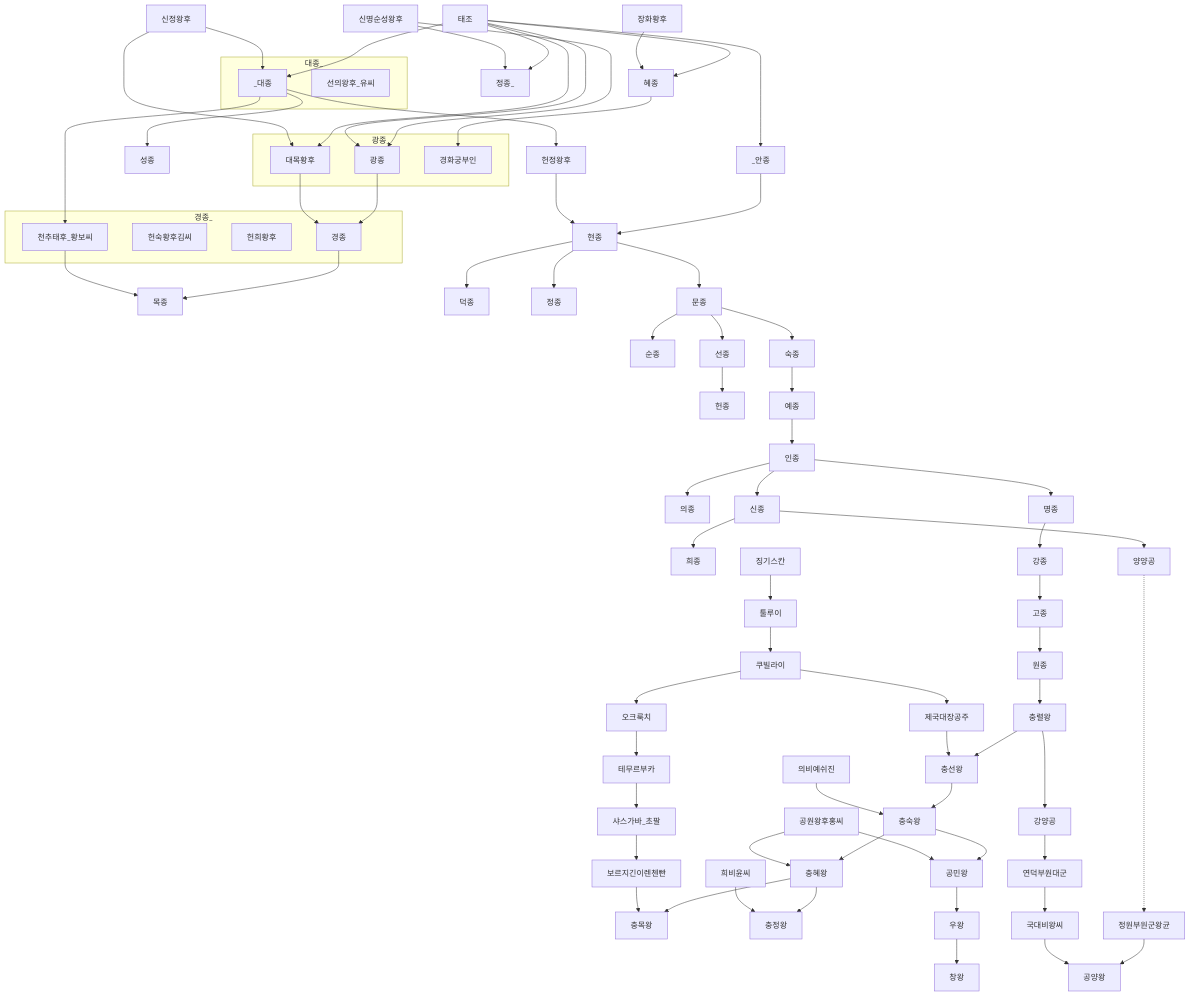
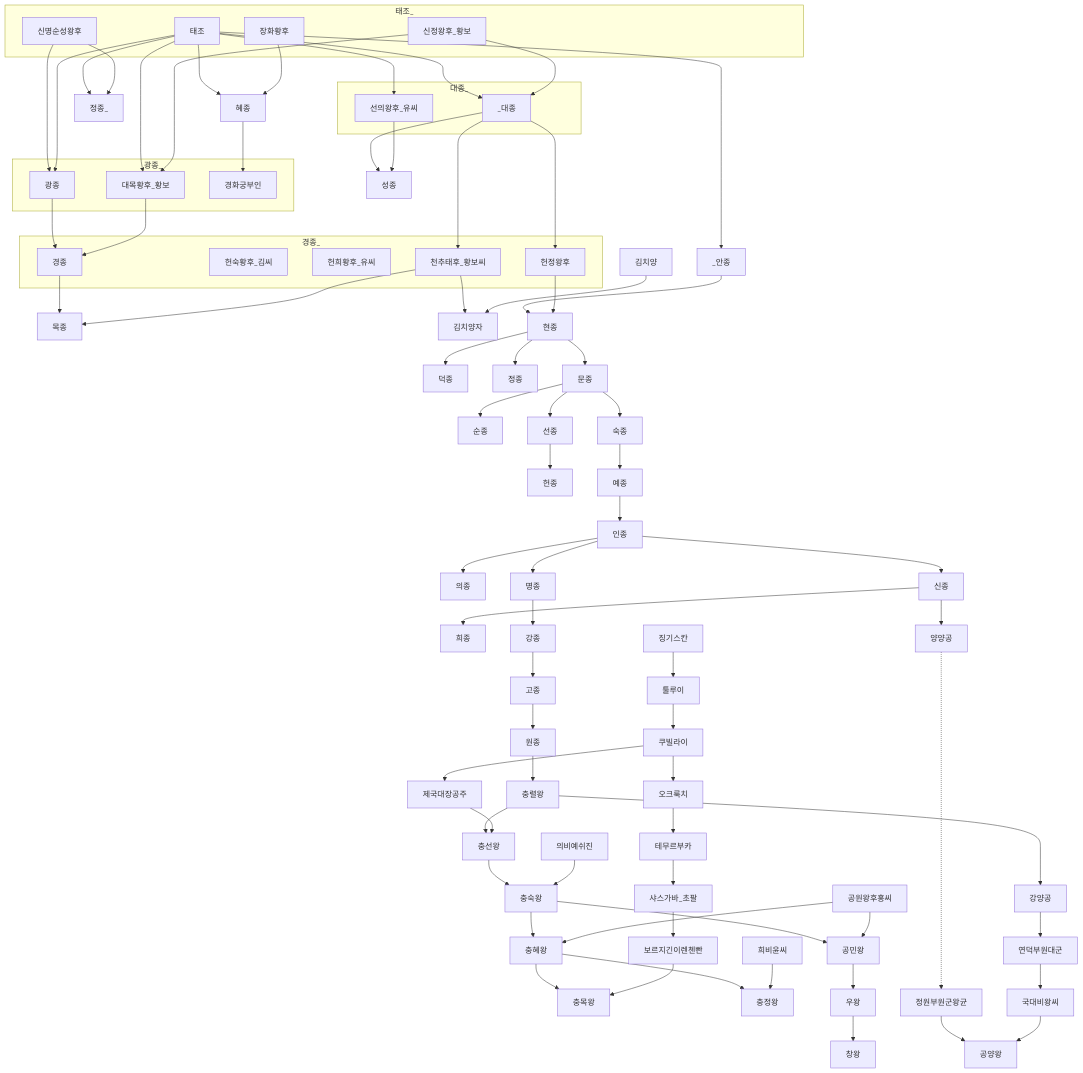
Before and after one commit to daewonyoon/historigram: the diagram in 한국사/고려왕조가계도_초기.md, drawn with Mermaid.

Commit message:
고려초기 가계도 보충

````diff
--- a/한국사/고려왕조가계도_초기.md
+++ b/한국사/고려왕조가계도_초기.md
@@ -2,57 +2,73 @@
 ```mermaid
 graph TD
+
+신정왕후[신정왕후_황보]
+대목황후[대목황후_황보]
 
 태조 --> 혜종 
 장화황후 --> 혜종
 태조 --> 정종_
 신명순성왕후 --> 정종_
 신명순성왕후 --> 광종
 태조 --> 광종 --> 경종 --> 목종
 태조 --> 대목황후 --> 경종
 신정왕후 --> 대목황후
 태조 --> _대종 --> 성종
+태조 --> 선의왕후_유씨 --> 성종
+
+
+subgraph 태조_
+태조
+장화황후
+신명순성왕후
+신정왕후
+end
 
 혜종 --> 경화궁부인
 
 
 subgraph 광종_
 광종
 대목황후
 경화궁부인
 end
 
 subgraph 경종_
 경종
-헌숙황후김씨
-헌희황후
+헌숙황후_김씨
+헌희황후_유씨
+헌정왕후
 천추태후
 end
 
 천추태후[ 천추태후_황보씨 ]
+
+천추태후 --> 김치양자
+김치양 --> 김치양자
 
 subgraph 대종_
 _대종
 선의왕후_유씨
 end
 
 신정왕후 --> _대종 --> 천추태후 --> 목종
 _대종 --> 헌정왕후
 태조 ---> _안종 --> 현종 --> 덕종
 헌정왕후 --> 현종 --> 정종
 현종 --> 문종 --> 순종
 문종 --> 선종 --> 헌종 
 문종 --> 숙종 --> 예종 --> 인종 --> 의종 
 인종 --> 명종
 인종 --> 신종 --> 희종 
 명종 --> 강종 --> 고종 --> 원종 --> 충렬왕 --> 충선왕
 징기스칸 --> 툴루이 --> 쿠빌라이 --> 제국대장공주 --> 충선왕 --> 충숙왕 --> 충혜왕 --> 충목왕
 의비예쉬진 --> 충숙왕
 쿠빌라이 --> 오크룩치 --> 테무르부카 --> 샤스가바_초팔 --> 보르지긴이렌첸빤 --> 충목왕
 충혜왕 --> 충정왕
 충숙왕 --> 공민왕 --> 우왕 --> 창왕
 공원왕후홍씨 --> 충혜왕
 공원왕후홍씨 --> 공민왕
 희비윤씨 --> 충정왕
 신종 --> 양양공 -.......-> 정원부원군왕균 --> 공양왕
 충렬왕 --> 강양공 --> 연덕부원대군 --> 국대비왕씨 --> 공양왕
 ```
````
